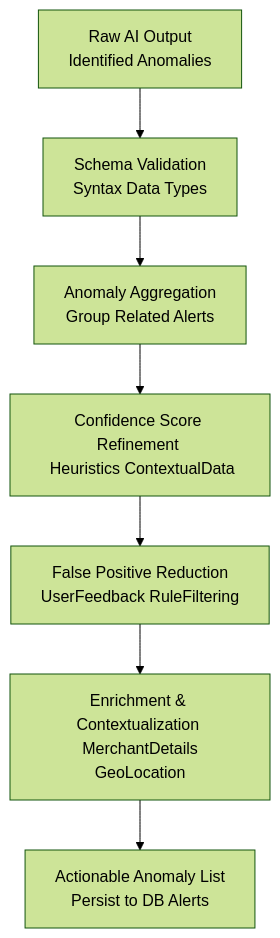
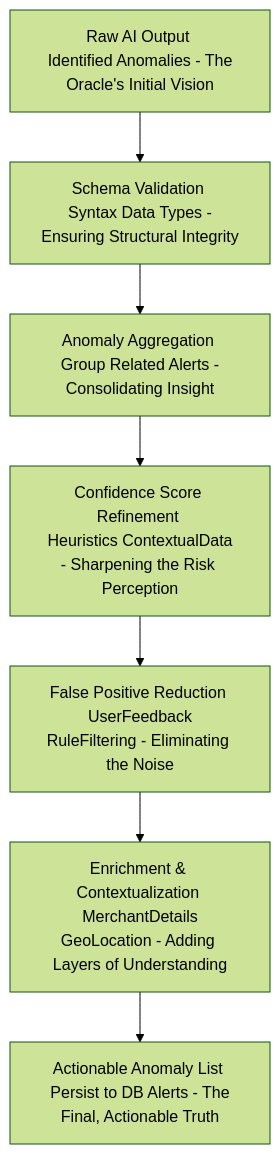
One commit to diplomat-bit/Citibank_Demo_Business_Inc_Demonstration- changed the fifth of 10 diagrams in inventions/inventions/006_ai_subscription_detection/009_ai_financial_anomaly_detection.md. Above: the diagram before and after it, drawn with Mermaid (forest theme). The commit also changed other lines of this file, not shown here.

````diff
--- a/inventions/inventions/006_ai_subscription_detection/009_ai_financial_anomaly_detection.md
+++ b/inventions/inventions/006_ai_subscription_detection/009_ai_financial_anomaly_detection.md
@@ -202,9 +202,9 @@
 ```mermaid
 graph TD
-    A[Raw AI Output <br/> Identified Anomalies] --> B[Schema Validation <br/> Syntax Data Types]
-    B --> C[Anomaly Aggregation <br/> Group Related Alerts]
-    C --> D[Confidence Score Refinement <br/> Heuristics ContextualData]
-    D --> E[False Positive Reduction <br/> UserFeedback RuleFiltering]
-    E --> F[Enrichment & Contextualization <br/> MerchantDetails GeoLocation]
-    F --> G[Actionable Anomaly List <br/> Persist to DB Alerts]
+    A[Raw AI Output <br/> Identified Anomalies - The Oracle's Initial Vision] --> B[Schema Validation <br/> Syntax Data Types - Ensuring Structural Integrity]
+    B --> C[Anomaly Aggregation <br/> Group Related Alerts - Consolidating Insight]
+    C --> D[Confidence Score Refinement <br/> Heuristics ContextualData - Sharpening the Risk Perception]
+    D --> E[False Positive Reduction <br/> UserFeedback RuleFiltering - Eliminating the Noise]
+    E --> F[Enrichment & Contextualization <br/> MerchantDetails GeoLocation - Adding Layers of Understanding]
+    F --> G[Actionable Anomaly List <br/> Persist to DB Alerts - The Final, Actionable Truth]
 ```
````
